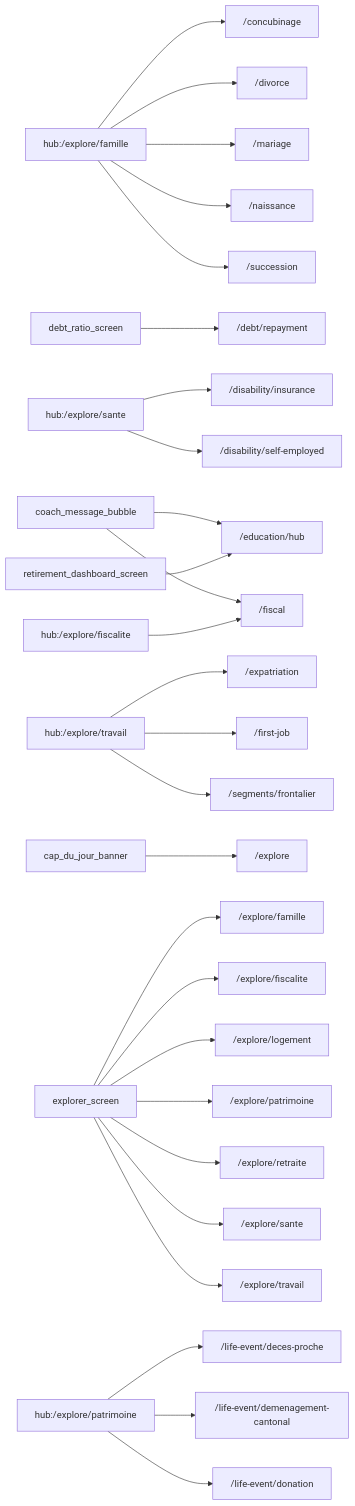
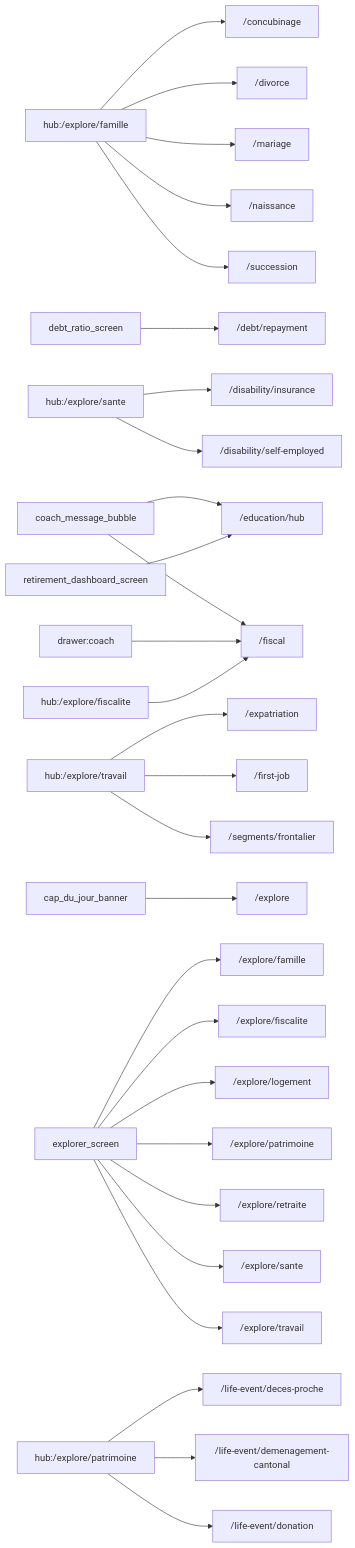
One commit to MINT-IA/MINT changed the diagram in .planning/architecture/themes/lifeevents.md. Above: the diagram before and after it, drawn with Mermaid. The commit also changed other lines of this file and 7 other files, not shown here.

````diff
--- a/.planning/architecture/themes/lifeevents.md
+++ b/.planning/architecture/themes/lifeevents.md
@@ -58,29 +58,30 @@
 ```mermaid
 graph LR
   hub__explore_famille["hub:/explore/famille"] --> _concubinage["/concubinage"]
   debt_ratio_screen["debt_ratio_screen"] --> _debt_repayment["/debt/repayment"]
   hub__explore_sante["hub:/explore/sante"] --> _disability_insurance["/disability/insurance"]
   hub__explore_sante["hub:/explore/sante"] --> _disability_self_employed["/disability/self-employed"]
   hub__explore_famille["hub:/explore/famille"] --> _divorce["/divorce"]
   coach_message_bubble["coach_message_bubble"] --> _education_hub["/education/hub"]
   retirement_dashboard_screen["retirement_dashboard_screen"] --> _education_hub["/education/hub"]
   hub__explore_travail["hub:/explore/travail"] --> _expatriation["/expatriation"]
   cap_du_jour_banner["cap_du_jour_banner"] --> _explore["/explore"]
   explorer_screen["explorer_screen"] --> _explore_famille["/explore/famille"]
   explorer_screen["explorer_screen"] --> _explore_fiscalite["/explore/fiscalite"]
   explorer_screen["explorer_screen"] --> _explore_logement["/explore/logement"]
   explorer_screen["explorer_screen"] --> _explore_patrimoine["/explore/patrimoine"]
   explorer_screen["explorer_screen"] --> _explore_retraite["/explore/retraite"]
   explorer_screen["explorer_screen"] --> _explore_sante["/explore/sante"]
   explorer_screen["explorer_screen"] --> _explore_travail["/explore/travail"]
   hub__explore_travail["hub:/explore/travail"] --> _first_job["/first-job"]
   coach_message_bubble["coach_message_bubble"] --> _fiscal["/fiscal"]
+  drawer_coach["drawer:coach"] --> _fiscal["/fiscal"]
   hub__explore_fiscalite["hub:/explore/fiscalite"] --> _fiscal["/fiscal"]
   hub__explore_patrimoine["hub:/explore/patrimoine"] --> _life_event_deces_proche["/life-event/deces-proche"]
   hub__explore_patrimoine["hub:/explore/patrimoine"] --> _life_event_demenagement_cantonal["/life-event/demenagement-cantonal"]
   hub__explore_patrimoine["hub:/explore/patrimoine"] --> _life_event_donation["/life-event/donation"]
   hub__explore_famille["hub:/explore/famille"] --> _mariage["/mariage"]
   hub__explore_famille["hub:/explore/famille"] --> _naissance["/naissance"]
   hub__explore_travail["hub:/explore/travail"] --> _segments_frontalier["/segments/frontalier"]
   hub__explore_famille["hub:/explore/famille"] --> _succession["/succession"]
 ```
````
